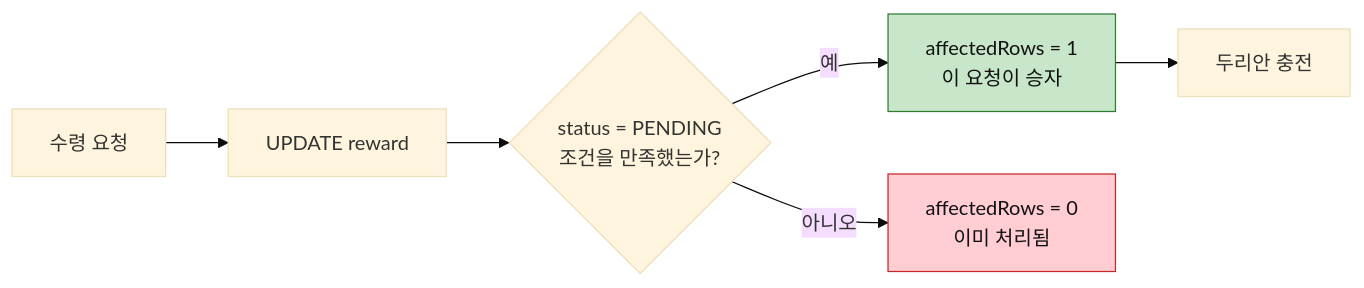
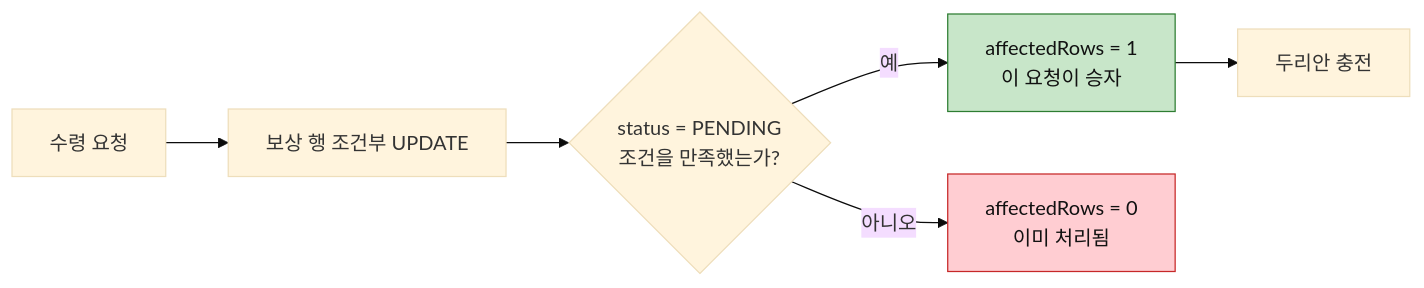
The first of 15 diagrams in _posts/2026-02-04-reward-conditional-update-idempotency.md (jiwon11/jiwon11.github.io), drawn with Mermaid (base theme) before and after one commit. The commit also changed other lines of this file and 9 other files, not shown here.

```diff
--- a/_posts/2026-02-04-reward-conditional-update-idempotency.md
+++ b/_posts/2026-02-04-reward-conditional-update-idempotency.md
@@ -50,11 +53,11 @@
 ~~~mermaid
 flowchart LR
-    A["수령 요청"] --> B["UPDATE reward"]
+    A["수령 요청"] --> B["보상 행 조건부 UPDATE"]
     B --> C{"status = PENDING<br/>조건을 만족했는가?"}
     C -->|예| W["affectedRows = 1<br/>이 요청이 승자"]
     C -->|아니오| L["affectedRows = 0<br/>이미 처리됨"]
     W --> D["두리안 충전"]
 
     style W fill:#c8e6c9,stroke:#2e7d32,color:#111
     style L fill:#ffcdd2,stroke:#c62828,color:#111
 ~~~
```
